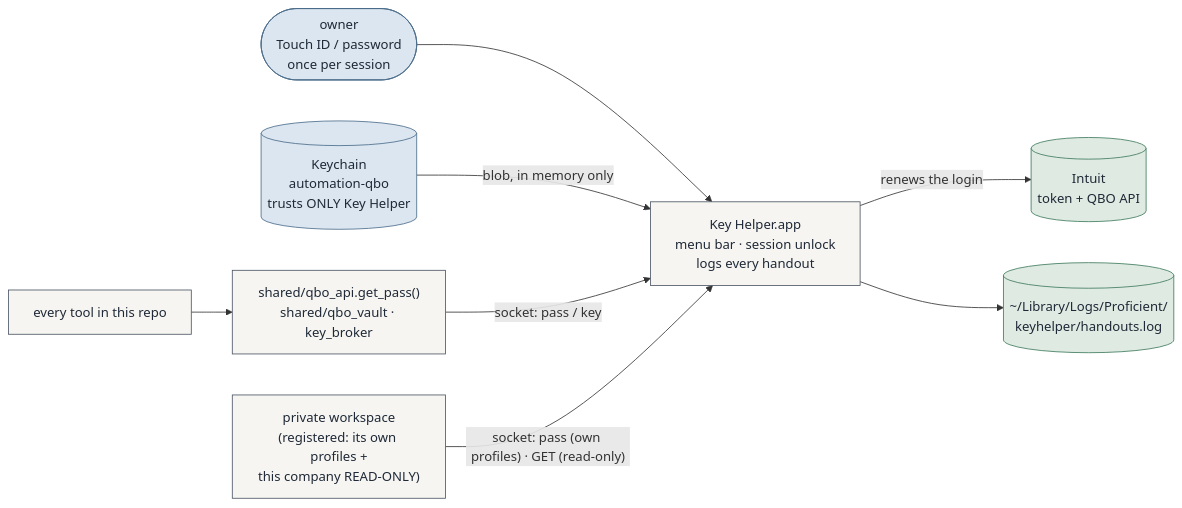
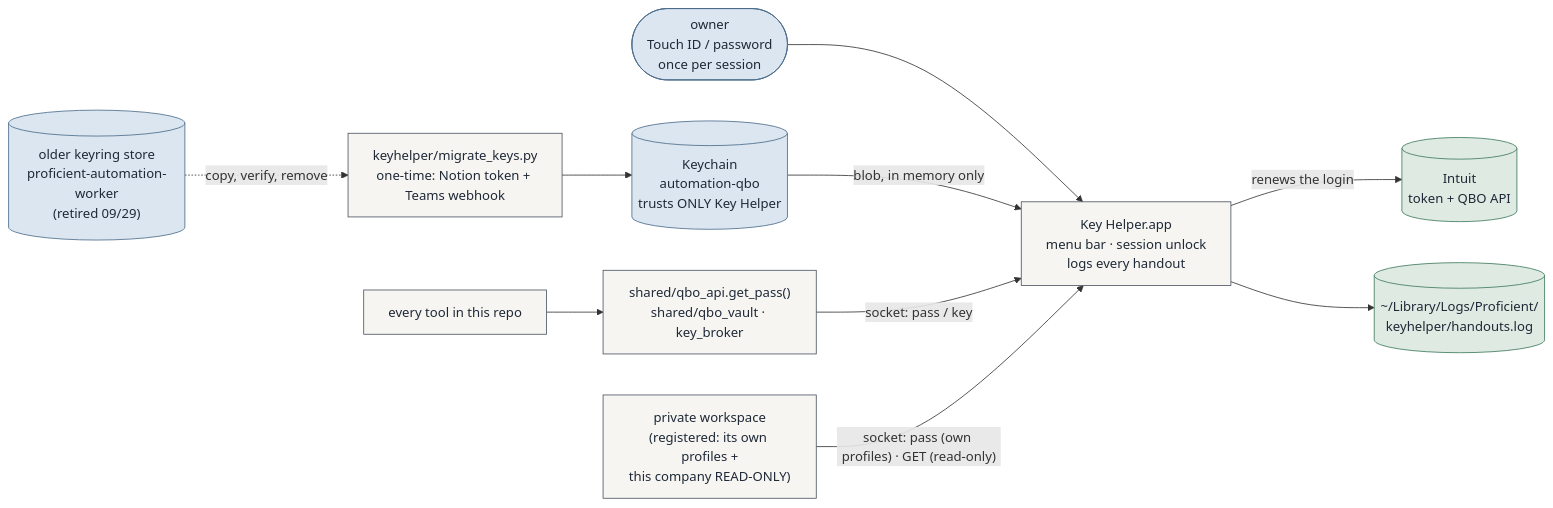
The first of 7 diagrams in docs/ARCHITECTURE.md (Ecarlo-Proficient/Claude-Report), drawn with Mermaid before and after one commit. The commit also changed 14 other files, not shown here.

First line of the commit message:
keys: the Notion token and Teams webhook move into the key library behind Key Helper

````diff
--- a/docs/ARCHITECTURE.md
+++ b/docs/ARCHITECTURE.md
@@ -104,22 +104,25 @@
 ```mermaid
 flowchart LR
     classDef src fill:#dbe6f0,stroke:#4A6B8A,color:#1f2937
     classDef tool fill:#f6f5f1,stroke:#4b5563,color:#1f2937
     classDef out fill:#dfeae2,stroke:#3E7A5C,color:#1f2937
 
     KC[("Keychain\nautomation-qbo\ntrusts ONLY Key Helper")]:::src
     KH["Key Helper.app\nmenu bar · session unlock\nlogs every handout"]:::tool
     OWNER(["owner\nTouch ID / password\nonce per session"]):::src
     API["shared/qbo_api.get_pass()\nshared/qbo_vault · key_broker"]:::tool
     TOOLS["every tool in this repo"]:::tool
     PRIV["private workspace\n(registered: its own profiles +\nthis company READ-ONLY)"]:::tool
     INTUIT[("Intuit\ntoken + QBO API")]:::out
     LOG[("~/Library/Logs/Proficient/\nkeyhelper/handouts.log")]:::out
 
     OWNER --> KH
     KC -- "blob, in memory only" --> KH
     KH -- "renews the login" --> INTUIT
     TOOLS --> API -- "socket: pass / key" --> KH
     PRIV -- "socket: pass (own profiles) · GET (read-only)" --> KH
     KH --> LOG
+    OLD[("older keyring store\nproficient-automation-worker\n(retired 09/29)")]:::src
+    MIG["keyhelper/migrate_keys.py\none-time: Notion token + Teams webhook"]:::tool
+    OLD -. "copy, verify, remove" .-> MIG --> KC
 ```
````
